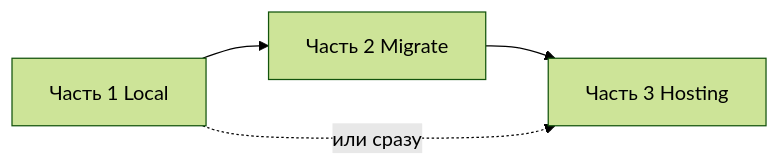
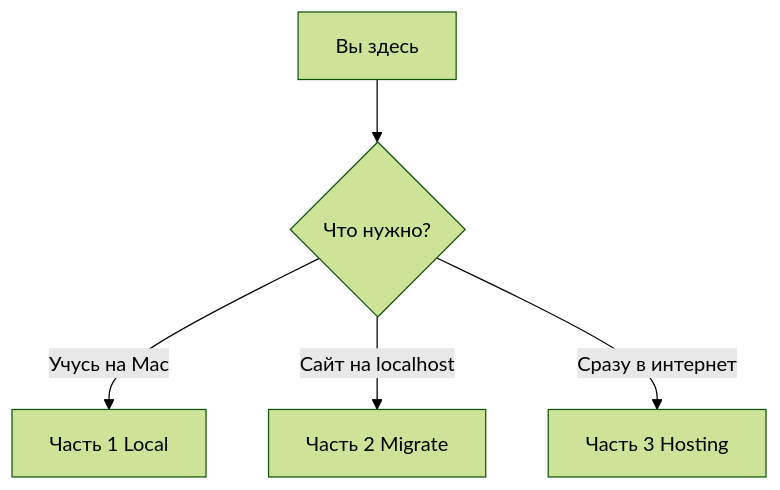
Before and after one commit to aleksandr-mazhul/mamp-wordpress-guide: the diagram in README.md, drawn with Mermaid (forest theme). The commit also changed other lines of this file and 26 other files, not shown here.

First line of the commit message:
Add guided navigation, 6-step migrate, and full hosting guide.

````diff
--- a/README.md
+++ b/README.md
@@ -49,6 +17,8 @@
 ```mermaid
-flowchart LR
-    A[Часть 1 Local] --> B[Часть 2 Migrate]
-    B --> C[Часть 3 Hosting]
-    A -.->|"или сразу"| C
+flowchart TD
+    root[Вы здесь]
+    root --> q1{Что нужно?}
+    q1 -->|Учусь на Mac| L[Часть 1 Local]
+    q1 -->|Сайт на localhost| M[Часть 2 Migrate]
+    q1 -->|Сразу в интернет| H[Часть 3 Hosting]
 ```
````
